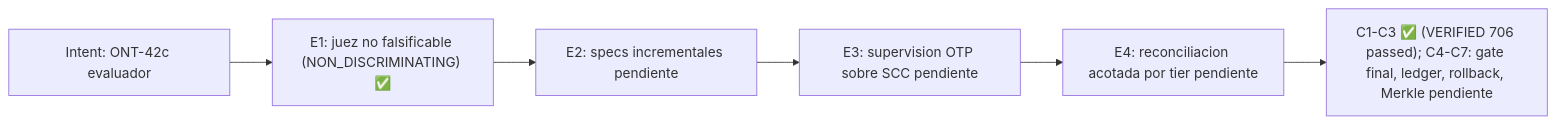
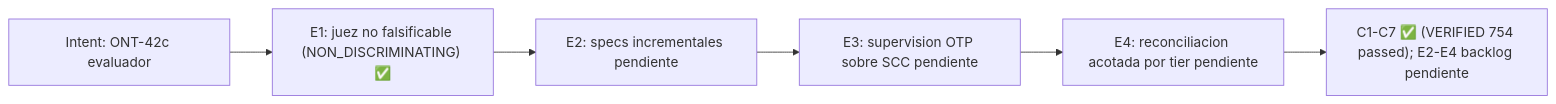
One commit to ancrz/agent-execution-plane changed the third of 3 diagrams in docs/MILESTONES.md. Above: the diagram before and after it, drawn with Mermaid. The commit also changed other lines of this file and 5 other files, not shown here.

````diff
--- a/docs/MILESTONES.md
+++ b/docs/MILESTONES.md
@@ -244,8 +244,8 @@
 ```mermaid
 flowchart LR
     I6["Intent: ONT-42c evaluador"] --> E1["E1: juez no falsificable (NON_DISCRIMINATING) ✅"]
     E1 --> E2["E2: specs incrementales pendiente"]
     E2 --> E3["E3: supervision OTP sobre SCC pendiente"]
     E3 --> E4["E4: reconciliacion acotada por tier pendiente"]
-    E4 --> C7["C1-C3 ✅ (VERIFIED 706 passed); C4-C7: gate final, ledger, rollback, Merkle pendiente"]
+    E4 --> C7["C1-C7 ✅ (VERIFIED 754 passed); E2-E4 backlog pendiente"]
 ```
````
